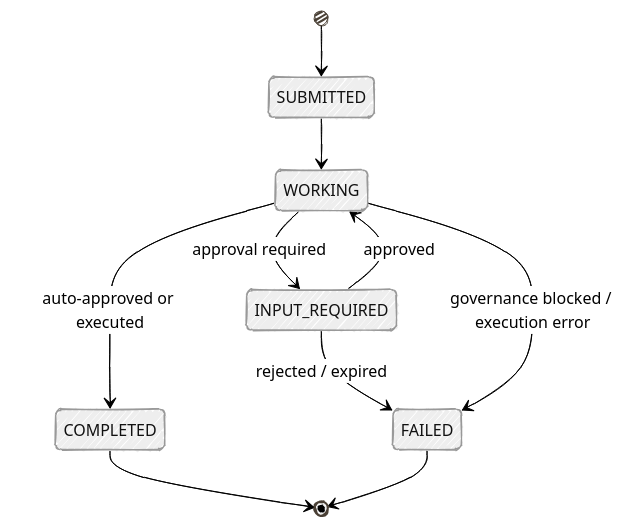
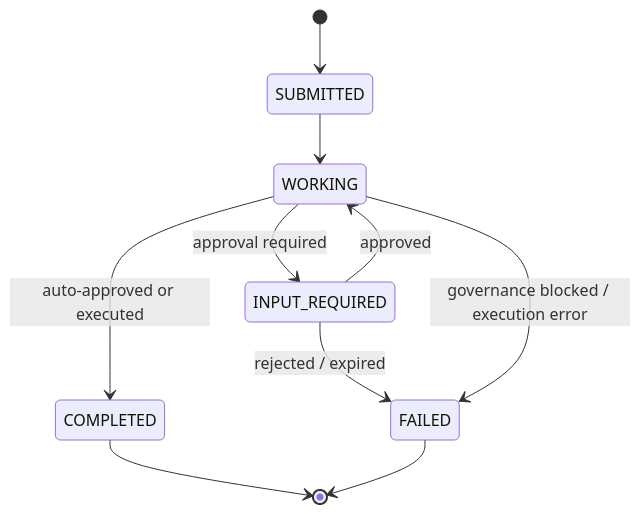
Before and after one commit to danieloh30/governed-agent-platform: the second of 2 diagrams in docs/tutorials/04-multi-agent-governance.md, drawn with Mermaid. The commit also changed other lines of this file, not shown here.

Commit message:
Fix Mermaid diagrams in multi-agent tutorial

````diff
--- a/docs/tutorials/04-multi-agent-governance.md
+++ b/docs/tutorials/04-multi-agent-governance.md
@@ -238,13 +237,12 @@
 ```mermaid
-%%{init: {'look':'handDrawn','theme':'neutral','themeVariables': {'lineColor':'#4A4035'}}}%%
 stateDiagram-v2
     [*] --> SUBMITTED
     SUBMITTED --> WORKING
     WORKING --> INPUT_REQUIRED: approval required
     INPUT_REQUIRED --> WORKING: approved
     INPUT_REQUIRED --> FAILED: rejected / expired
     WORKING --> COMPLETED: auto-approved or executed
     WORKING --> FAILED: governance blocked / execution error
     COMPLETED --> [*]
     FAILED --> [*]
 ```
````
